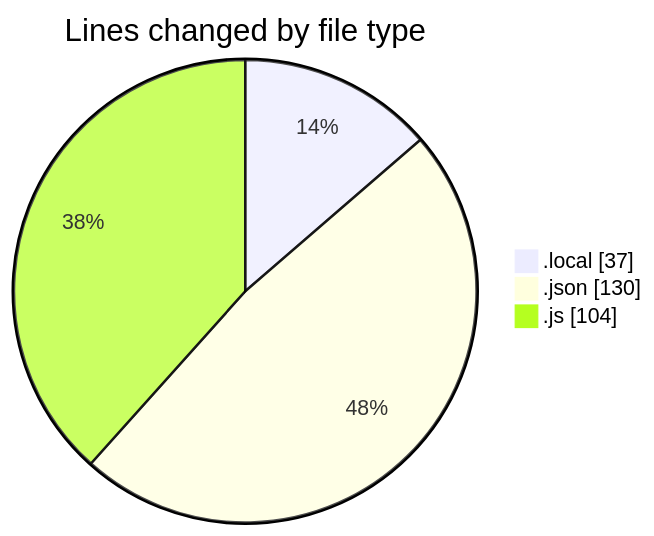
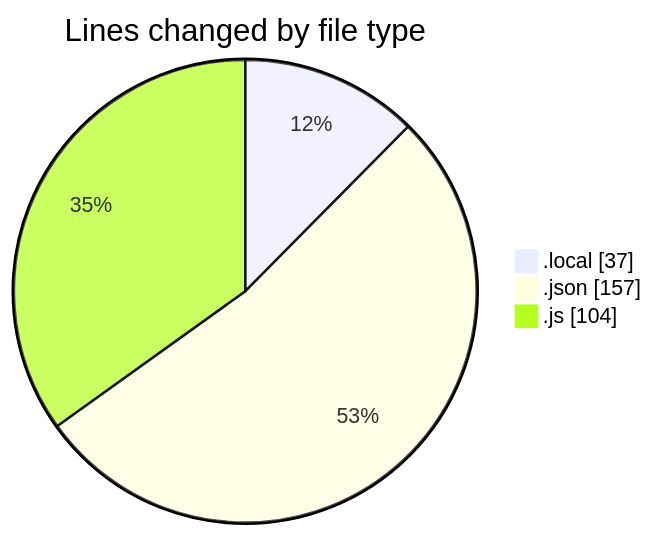
One commit to becaeroporto-bot/code-tracking changed the first of 2 diagrams in 2026-02-17/id_ia/README.md. Above: the diagram before and after it, drawn with Mermaid. The commit also changed other lines of this file and 1 other file, not shown here.

````diff
--- a/2026-02-17/id_ia/README.md
+++ b/2026-02-17/id_ia/README.md
@@ -23,7 +24,7 @@
 ```mermaid
 pie showData
 title Lines changed by file type
 ".local" : 37
-".json" : 130
+".json" : 157
 ".js" : 104
 ```
````
